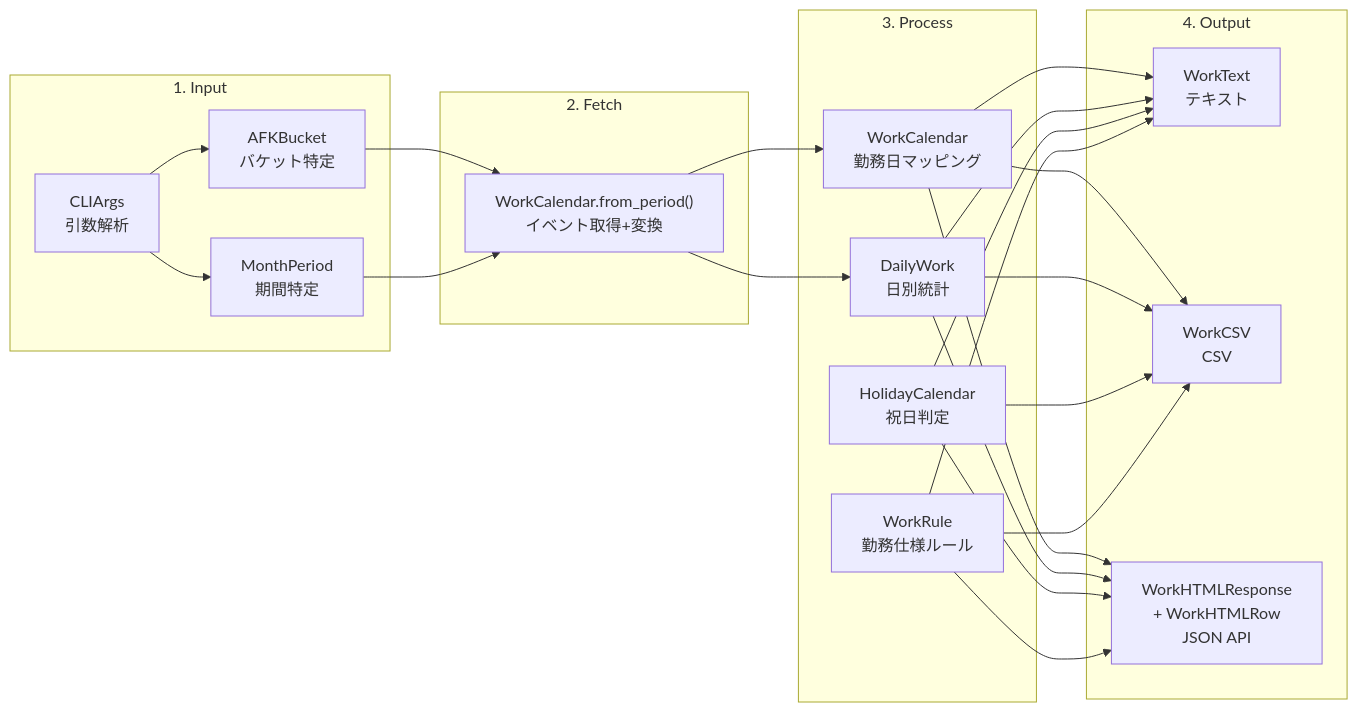
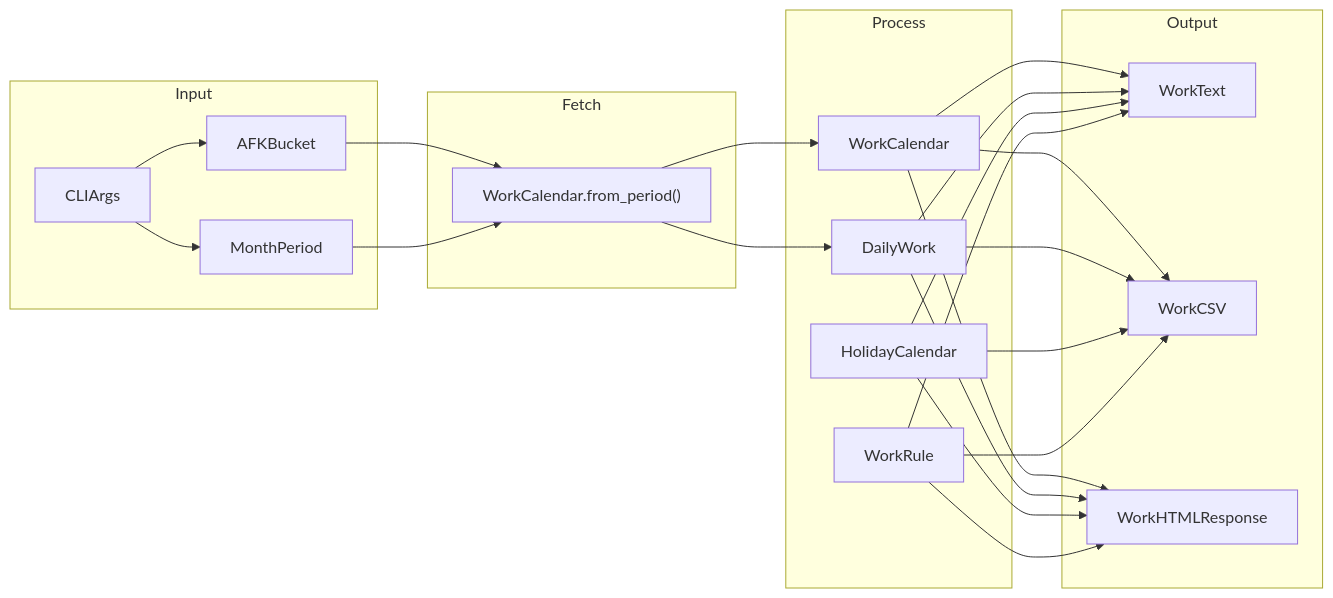
One commit to shinyaohtani/aw-work-hours changed the second of 3 diagrams in docs/architecture.md. Above: the diagram before and after it, drawn with Mermaid. The commit also changed other lines of this file, not shown here.

Commit message:
Fix mermaid rendering: remove HTML tags and numbered list labels
- Processing Flow: remove <br/> and numbered subgraph labels
- Exception Flow: replace <br/> with \n and colon separators

````diff
--- a/docs/architecture.md
+++ b/docs/architecture.md
@@ -103,44 +103,44 @@
 ```mermaid
 flowchart LR
-    subgraph input["1. Input"]
-        A1["CLIArgs<br/>引数解析"]
-        A2["AFKBucket<br/>バケット特定"]
-        A3["MonthPeriod<br/>期間特定"]
+    subgraph input[Input]
+        A1["CLIArgs"]
+        A2["AFKBucket"]
+        A3["MonthPeriod"]
     end
 
-    subgraph fetch["2. Fetch"]
-        B1["WorkCalendar.from_period()<br/>イベント取得+変換"]
+    subgraph fetch[Fetch]
+        B1["WorkCalendar.from_period()"]
     end
 
-    subgraph process["3. Process"]
-        C1["WorkCalendar<br/>勤務日マッピング"]
-        C2["DailyWork<br/>日別統計"]
-        C3["HolidayCalendar<br/>祝日判定"]
-        C4["WorkRule<br/>勤務仕様ルール"]
+    subgraph process[Process]
+        C1["WorkCalendar"]
+        C2["DailyWork"]
+        C3["HolidayCalendar"]
+        C4["WorkRule"]
     end
 
-    subgraph output["4. Output"]
-        D1["WorkText<br/>テキスト"]
-        D2["WorkCSV<br/>CSV"]
-        D3["WorkHTMLResponse<br/>+ WorkHTMLRow<br/>JSON API"]
+    subgraph output[Output]
+        D1["WorkText"]
+        D2["WorkCSV"]
+        D3["WorkHTMLResponse"]
     end
 
     A1 --> A2
     A1 --> A3
     A2 --> B1
     A3 --> B1
     B1 --> C1
     B1 --> C2
     C1 --> D1
     C1 --> D2
     C1 --> D3
     C2 --> D1
     C2 --> D2
     C2 --> D3
     C3 --> D1
     C3 --> D2
     C3 --> D3
     C4 --> D1
     C4 --> D2
     C4 --> D3
 ```
````
